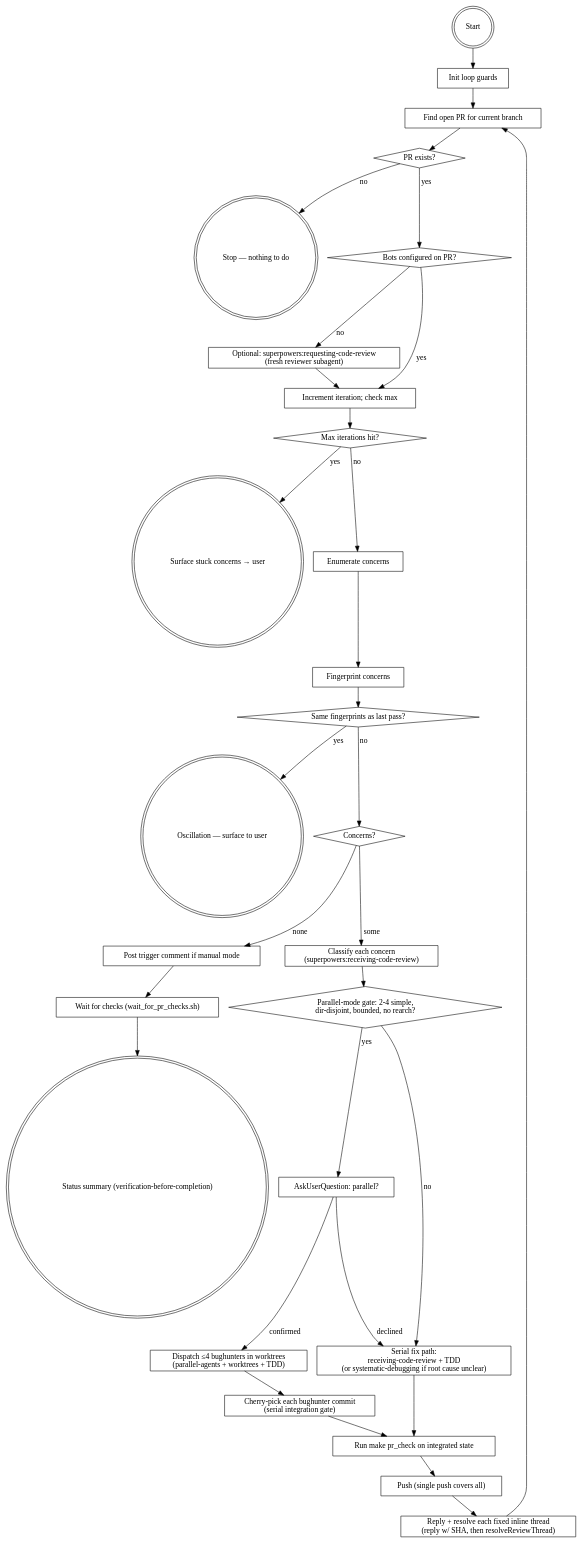
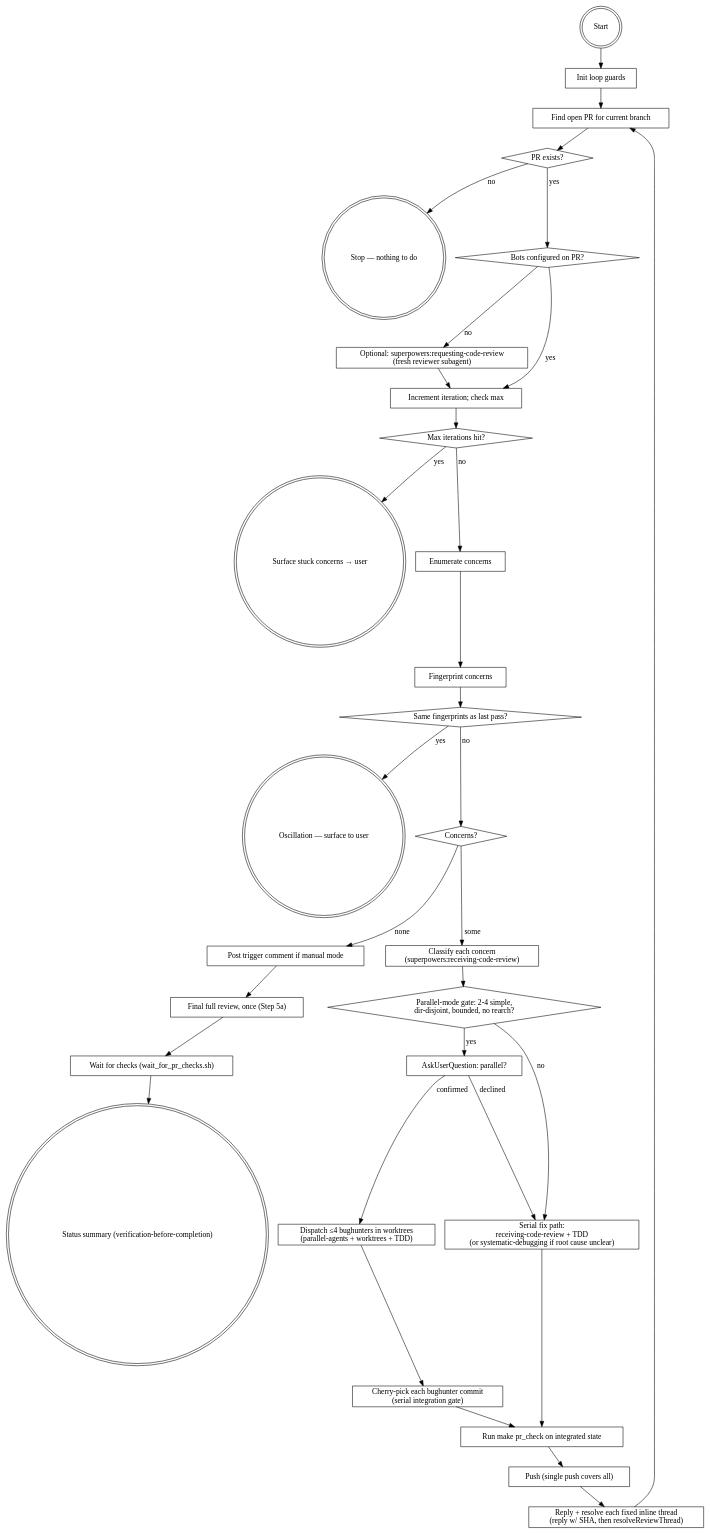
The diagram in .agents/skills/resolve-pr-concerns/SKILL.md (emigre459/agentic-ai-dev-template), drawn with Graphviz before and after one commit. The commit also changed other lines of this file and 23 other files, not shown here.

Commit message:
Add the final full review gate, review-gate status and merge-queue prep

````diff
--- a/.agents/skills/resolve-pr-concerns/SKILL.md
+++ b/.agents/skills/resolve-pr-concerns/SKILL.md
@@ -71,59 +80,60 @@
 ```dot
 digraph resolve_pr_concerns {
     rankdir=TB;
     "Start" [shape=doublecircle];
     "Init loop guards" [shape=box];
     "Find open PR for current branch" [shape=box];
     "PR exists?" [shape=diamond];
     "Stop — nothing to do" [shape=doublecircle];
     "Bots configured on PR?" [shape=diamond];
     "Optional: superpowers:requesting-code-review\n(fresh reviewer subagent)" [shape=box];
     "Increment iteration; check max" [shape=box];
     "Max iterations hit?" [shape=diamond];
     "Surface stuck concerns → user" [shape=doublecircle];
     "Enumerate concerns" [shape=box];
     "Fingerprint concerns" [shape=box];
     "Same fingerprints as last pass?" [shape=diamond];
     "Oscillation — surface to user" [shape=doublecircle];
     "Concerns?" [shape=diamond];
     "Post trigger comment if manual mode" [shape=box];
+    "Final full review, once (Step 5a)" [shape=box];
     "Wait for checks (wait_for_pr_checks.sh)" [shape=box];
     "Status summary (verification-before-completion)" [shape=doublecircle];
     "Classify each concern\n(superpowers:receiving-code-review)" [shape=box];
     "Parallel-mode gate: 2-4 simple,\ndir-disjoint, bounded, no rearch?" [shape=diamond];
     "AskUserQuestion: parallel?" [shape=box];
     "Dispatch ≤4 bughunters in worktrees\n(parallel-agents + worktrees + TDD)" [shape=box];
     "Cherry-pick each bughunter commit\n(serial integration gate)" [shape=box];
     "Serial fix path:\nreceiving-code-review + TDD\n(or systematic-debugging if root cause unclear)" [shape=box];
     "Run make pr_check on integrated state" [shape=box];
     "Push (single push covers all)" [shape=box];
     "Reply + resolve each fixed inline thread\n(reply w/ SHA, then resolveReviewThread)" [shape=box];
 
     "Start" -> "Init loop guards" -> "Find open PR for current branch" -> "PR exists?";
     "PR exists?" -> "Stop — nothing to do" [label="no"];
     "PR exists?" -> "Bots configured on PR?" [label="yes"];
     "Bots configured on PR?" -> "Optional: superpowers:requesting-code-review\n(fresh reviewer subagent)" [label="no"];
     "Bots configured on PR?" -> "Increment iteration; check max" [label="yes"];
     "Optional: superpowers:requesting-code-review\n(fresh reviewer subagent)" -> "Increment iteration; check max";
     "Increment iteration; check max" -> "Max iterations hit?";
     "Max iterations hit?" -> "Surface stuck concerns → user" [label="yes"];
     "Max iterations hit?" -> "Enumerate concerns" [label="no"];
     "Enumerate concerns" -> "Fingerprint concerns" -> "Same fingerprints as last pass?";
     "Same fingerprints as last pass?" -> "Oscillation — surface to user" [label="yes"];
     "Same fingerprints as last pass?" -> "Concerns?" [label="no"];
     "Concerns?" -> "Post trigger comment if manual mode" [label="none"];
-    "Post trigger comment if manual mode" -> "Wait for checks (wait_for_pr_checks.sh)" -> "Status summary (verification-before-completion)";
+    "Post trigger comment if manual mode" -> "Final full review, once (Step 5a)" -> "Wait for checks (wait_for_pr_checks.sh)" -> "Status summary (verification-before-completion)";
     "Concerns?" -> "Classify each concern\n(superpowers:receiving-code-review)" [label="some"];
     "Classify each concern\n(superpowers:receiving-code-review)" -> "Parallel-mode gate: 2-4 simple,\ndir-disjoint, bounded, no rearch?";
     "Parallel-mode gate: 2-4 simple,\ndir-disjoint, bounded, no rearch?" -> "AskUserQuestion: parallel?" [label="yes"];
     "Parallel-mode gate: 2-4 simple,\ndir-disjoint, bounded, no rearch?" -> "Serial fix path:\nreceiving-code-review + TDD\n(or systematic-debugging if root cause unclear)" [label="no"];
     "AskUserQuestion: parallel?" -> "Dispatch ≤4 bughunters in worktrees\n(parallel-agents + worktrees + TDD)" [label="confirmed"];
     "AskUserQuestion: parallel?" -> "Serial fix path:\nreceiving-code-review + TDD\n(or systematic-debugging if root cause unclear)" [label="declined"];
     "Dispatch ≤4 bughunters in worktrees\n(parallel-agents + worktrees + TDD)" -> "Cherry-pick each bughunter commit\n(serial integration gate)";
     "Cherry-pick each bughunter commit\n(serial integration gate)" -> "Run make pr_check on integrated state";
     "Serial fix path:\nreceiving-code-review + TDD\n(or systematic-debugging if root cause unclear)" -> "Run make pr_check on integrated state";
     "Run make pr_check on integrated state" -> "Push (single push covers all)";
     "Push (single push covers all)" -> "Reply + resolve each fixed inline thread\n(reply w/ SHA, then resolveReviewThread)";
     "Reply + resolve each fixed inline thread\n(reply w/ SHA, then resolveReviewThread)" -> "Find open PR for current branch";
 }
 ```
````
